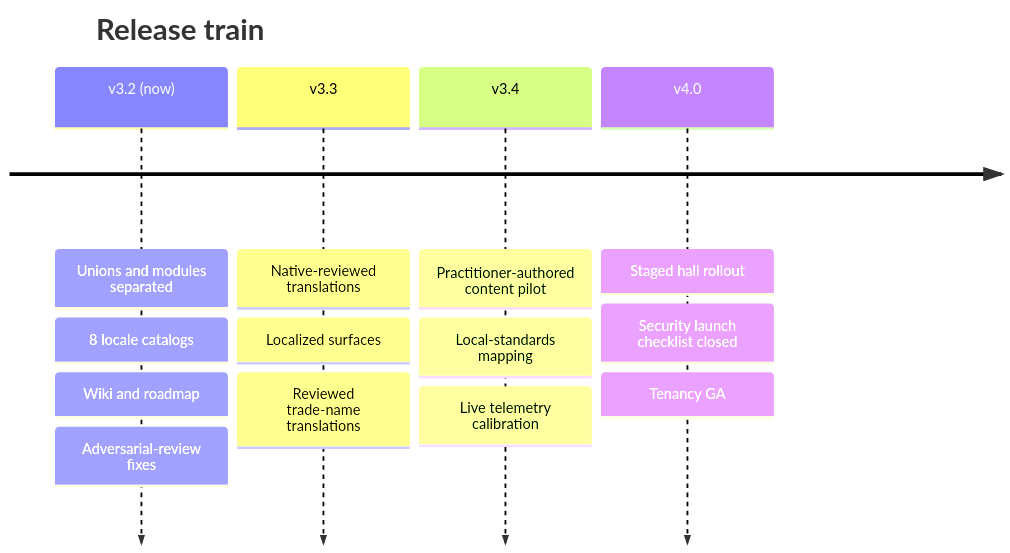
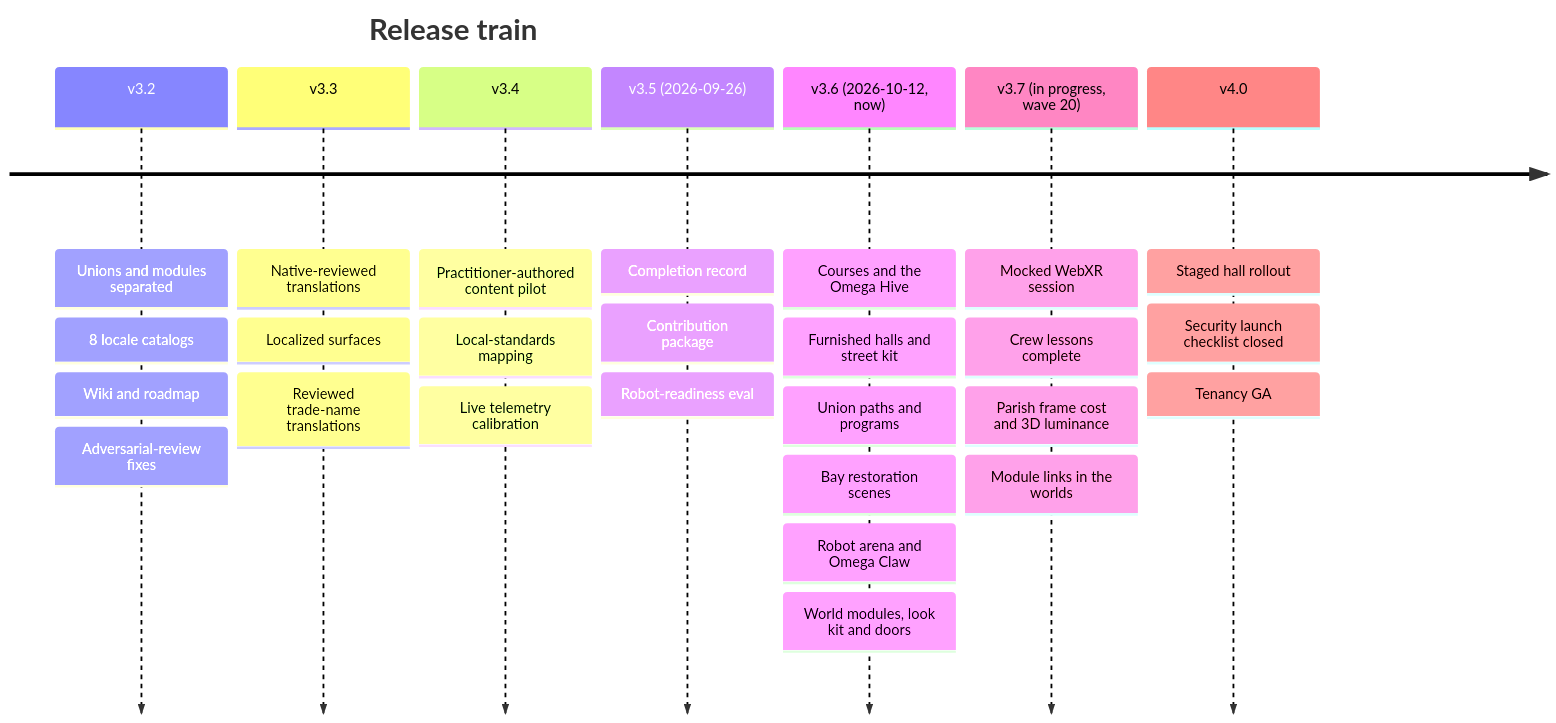
Before and after one commit to AGIFutureFoundation/SmartCiti.X: the diagram in ROADMAP.md, drawn with Mermaid. The commit also changed other lines of this file and 195 other files, not shown here.

````diff
--- a/ROADMAP.md
+++ b/ROADMAP.md
@@ -12,8 +12,11 @@
 ```mermaid
 timeline
     title Release train
-    v3.2 (now) : Unions and modules separated : 8 locale catalogs : Wiki and roadmap : Adversarial-review fixes
+    v3.2 : Unions and modules separated : 8 locale catalogs : Wiki and roadmap : Adversarial-review fixes
     v3.3 : Native-reviewed translations : Localized surfaces : Reviewed trade-name translations
     v3.4 : Practitioner-authored content pilot : Local-standards mapping : Live telemetry calibration
+    v3.5 (2026-09-26) : Completion record : Contribution package : Robot-readiness eval
+    v3.6 (2026-10-12, now) : Courses and the Omega Hive : Furnished halls and street kit : Union paths and programs : Bay restoration scenes : Robot arena and Omega Claw : World modules, look kit and doors
+    v3.7 (in progress, wave 20) : Mocked WebXR session : Crew lessons complete : Parish frame cost and 3D luminance : Module links in the worlds
     v4.0 : Staged hall rollout : Security launch checklist closed : Tenancy GA
 ```
````
